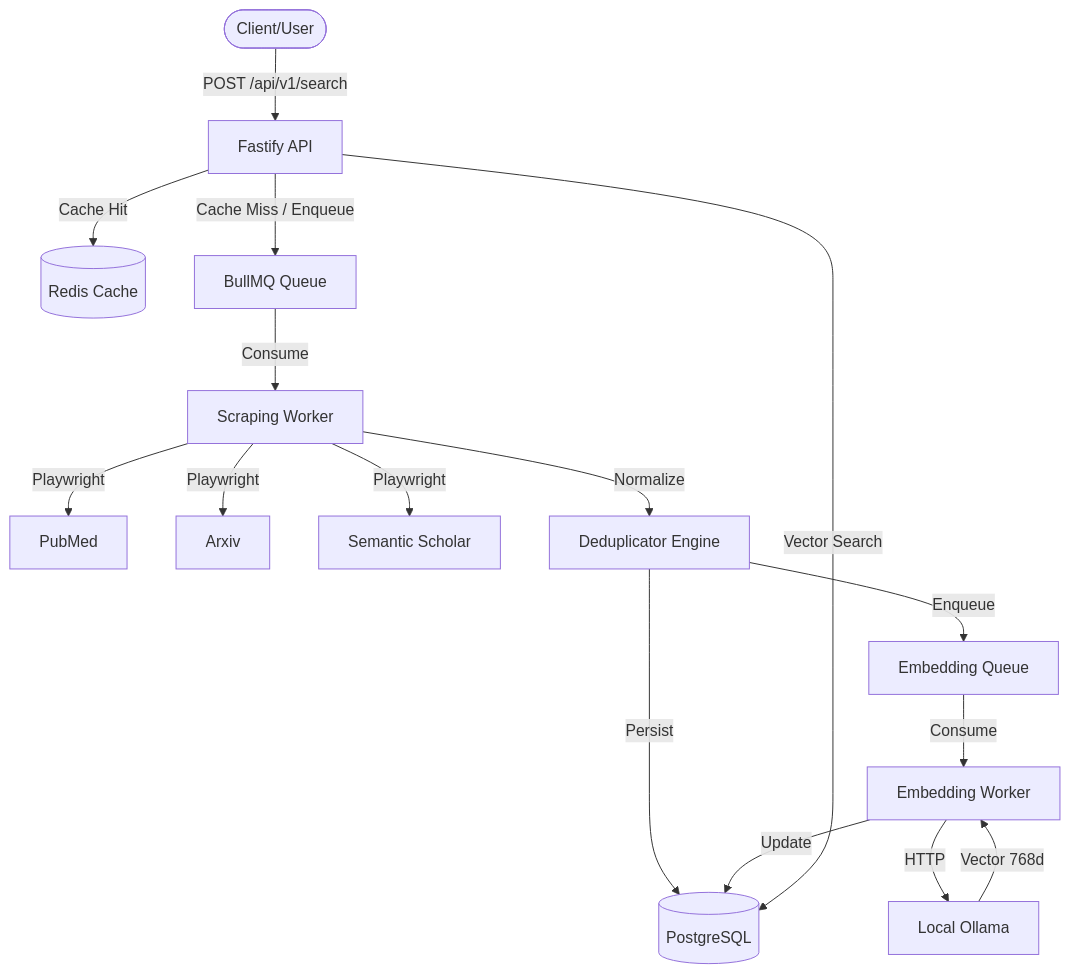
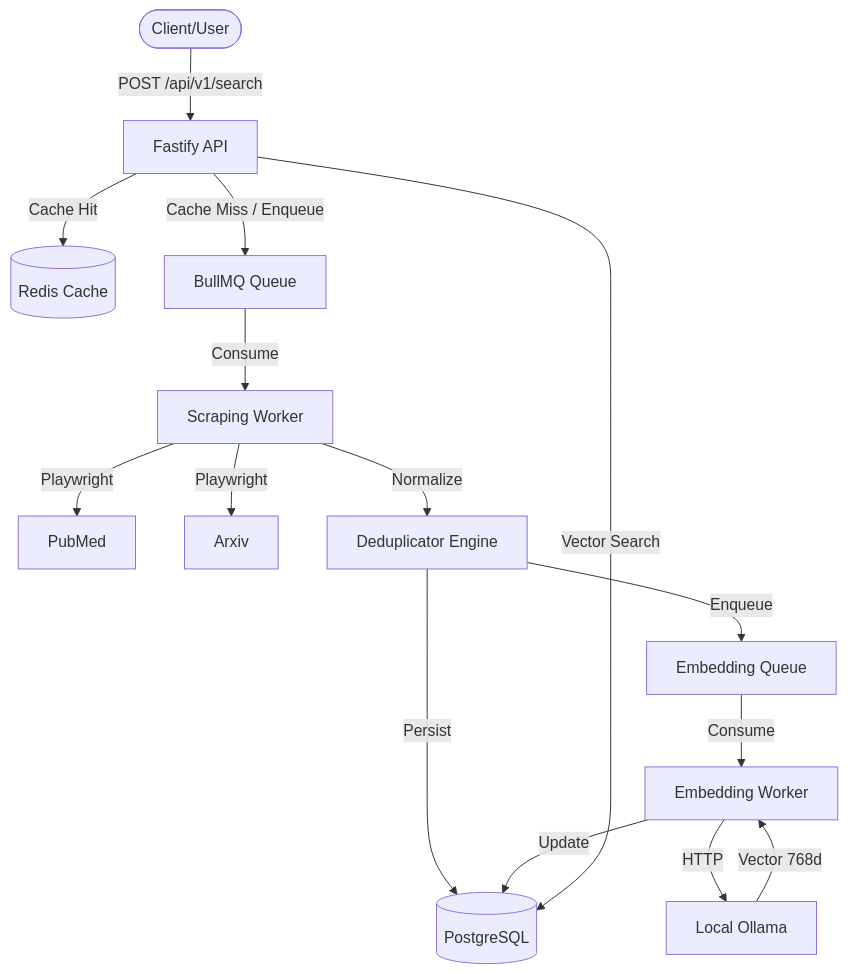
The diagram in README.md (YashBhardwaj21/research-radar), drawn with Mermaid before and after one commit. The commit also changed other lines of this file, not shown here.

````diff
--- a/README.md
+++ b/README.md
@@ -30,24 +30,23 @@
 ```mermaid
 graph TD
     User([Client/User]) -->|POST /api/v1/search| API[Fastify API]
     API -->|Cache Hit| Redis[(Redis Cache)]
     API -->|Cache Miss / Enqueue| Queue[BullMQ Queue]
     
     Queue -->|Consume| Worker[Scraping Worker]
     
     Worker -->|Playwright| P[PubMed]
     Worker -->|Playwright| A[Arxiv]
-    Worker -->|Playwright| S[Semantic Scholar]
     
     Worker -->|Normalize| Dedup[Deduplicator Engine]
     Dedup -->|Persist| PG[(PostgreSQL)]
     
     Dedup -->|Enqueue| EmbedQueue[Embedding Queue]
     EmbedQueue -->|Consume| EmbedWorker[Embedding Worker]
     
     EmbedWorker -->|HTTP| Ollama[Local Ollama]
     Ollama -->|Vector 768d| EmbedWorker
     EmbedWorker -->|Update| PG
     
     API -->|Vector Search| PG
 ```
````
